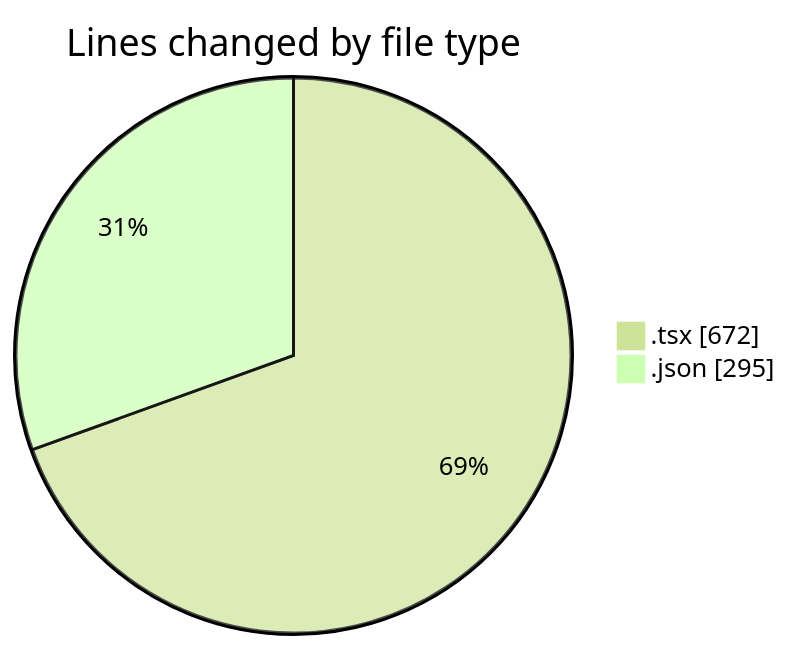
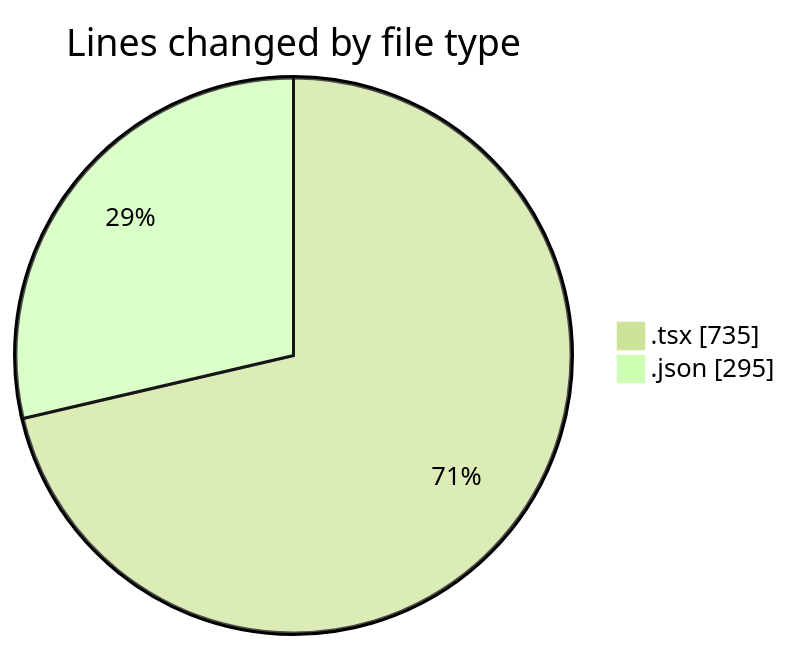
The first of 2 diagrams in 2025-10-11/eventscop-frontend-guide__workspace_/README.md (julien-gomy/code-tracking), drawn with Mermaid (forest theme) before and after one commit. The commit also changed other lines of this file and 1 other file, not shown here.

````diff
--- a/2025-10-11/eventscop-frontend-guide__workspace_/README.md
+++ b/2025-10-11/eventscop-frontend-guide__workspace_/README.md
@@ -26,6 +26,6 @@
 ```mermaid
 pie showData
 title Lines changed by file type
-".tsx" : 672
+".tsx" : 735
 ".json" : 295
 ```
````
